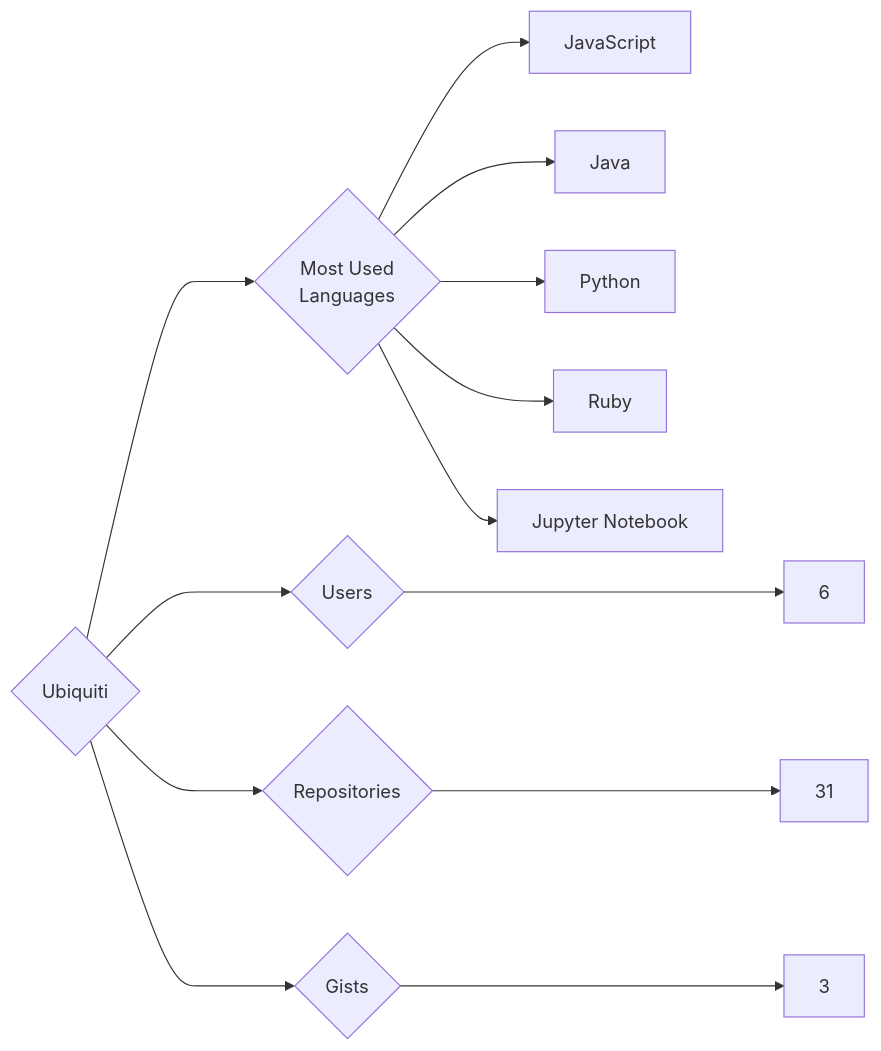
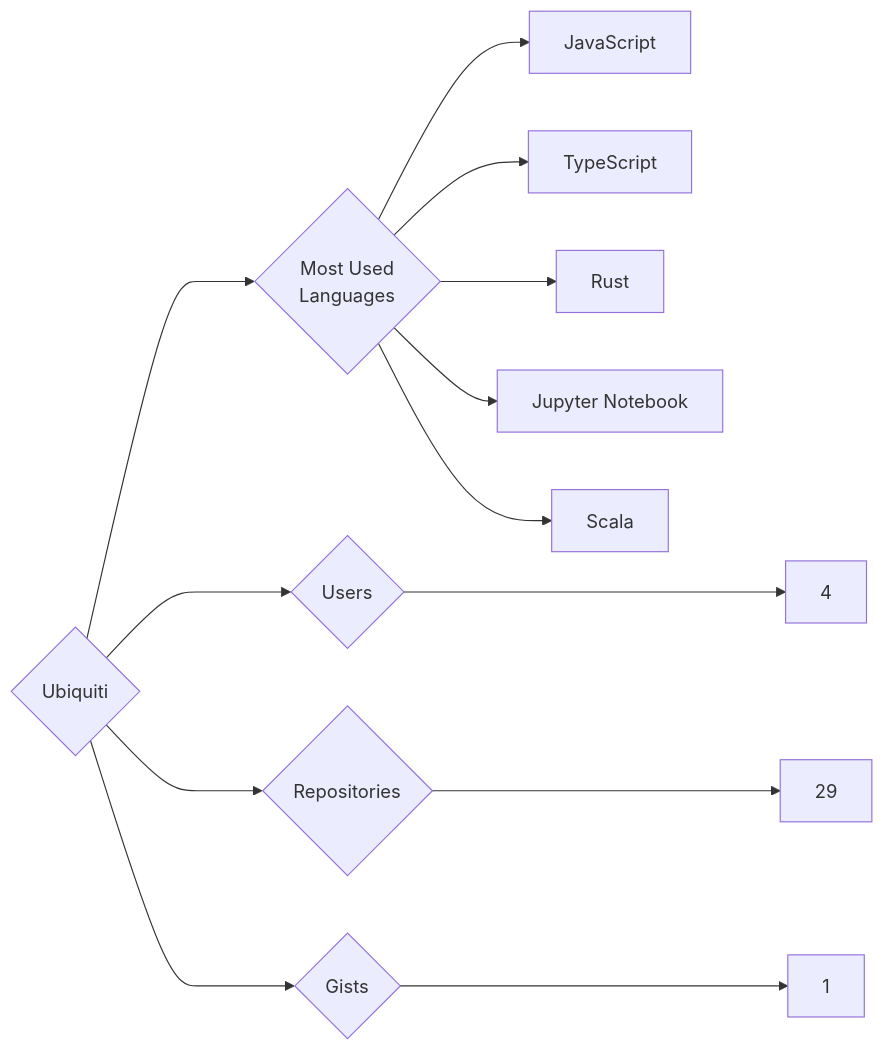
Before and after one commit to trickest/insiders: the diagram in targets/Ubiquiti/README.md, drawn with Mermaid. The commit also changed 797 other files, not shown here.

````diff
--- a/targets/Ubiquiti/README.md
+++ b/targets/Ubiquiti/README.md
@@ -3,13 +3,13 @@
 ```mermaid
 graph LR
 COMPANY_NAME{Ubiquiti}
-COMPANY_NAME ---> U{Users} ---> UN[6]
-COMPANY_NAME ---> R{Repositories} ---> RN[31]
-COMPANY_NAME ---> G{Gists} ---> GN[3]
+COMPANY_NAME ---> U{Users} ---> UN[4]
+COMPANY_NAME ---> R{Repositories} ---> RN[29]
+COMPANY_NAME ---> G{Gists} ---> GN[1]
 COMPANY_NAME ---> ML{Most Used<br>Languages}
 ML --> JavaScript[JavaScript]
-ML --> Java[Java]
-ML --> Python[Python]
-ML --> Ruby[Ruby]
+ML --> TypeScript[TypeScript]
+ML --> Rust[Rust]
 ML --> Jupyter_Notebook[Jupyter Notebook]
+ML --> Scala[Scala]
 ```
````
